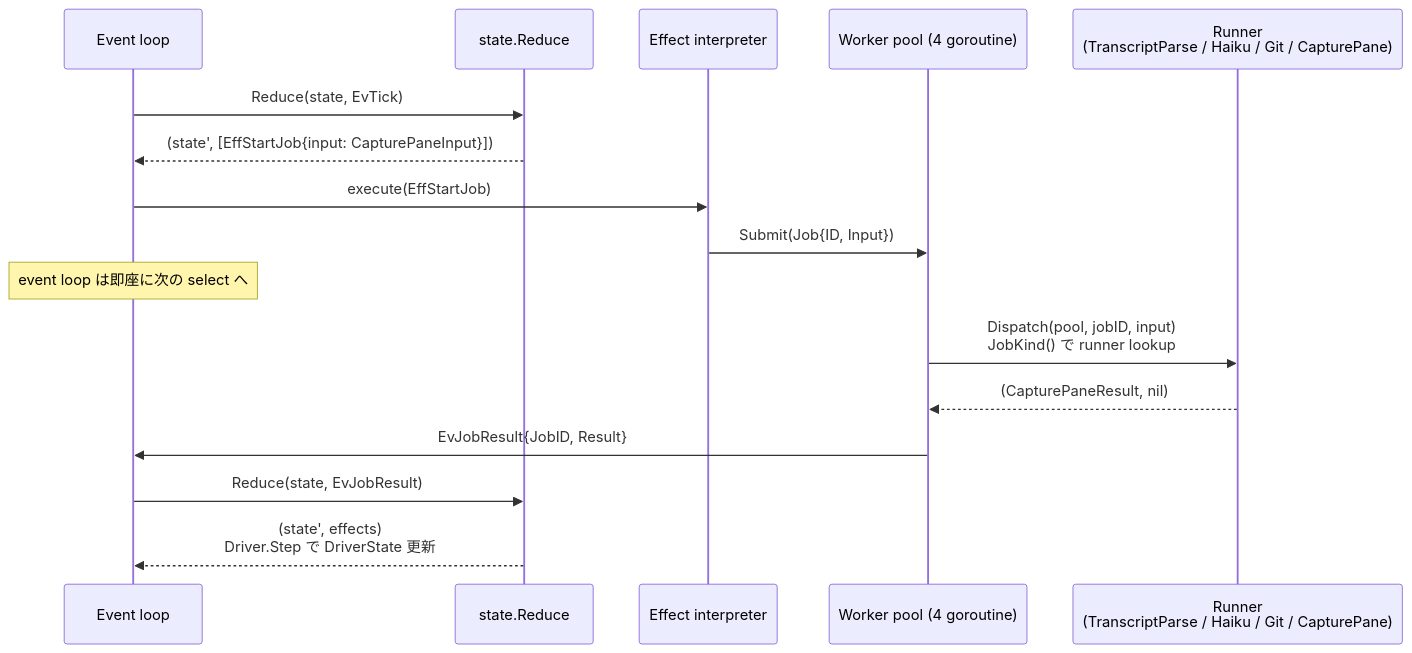
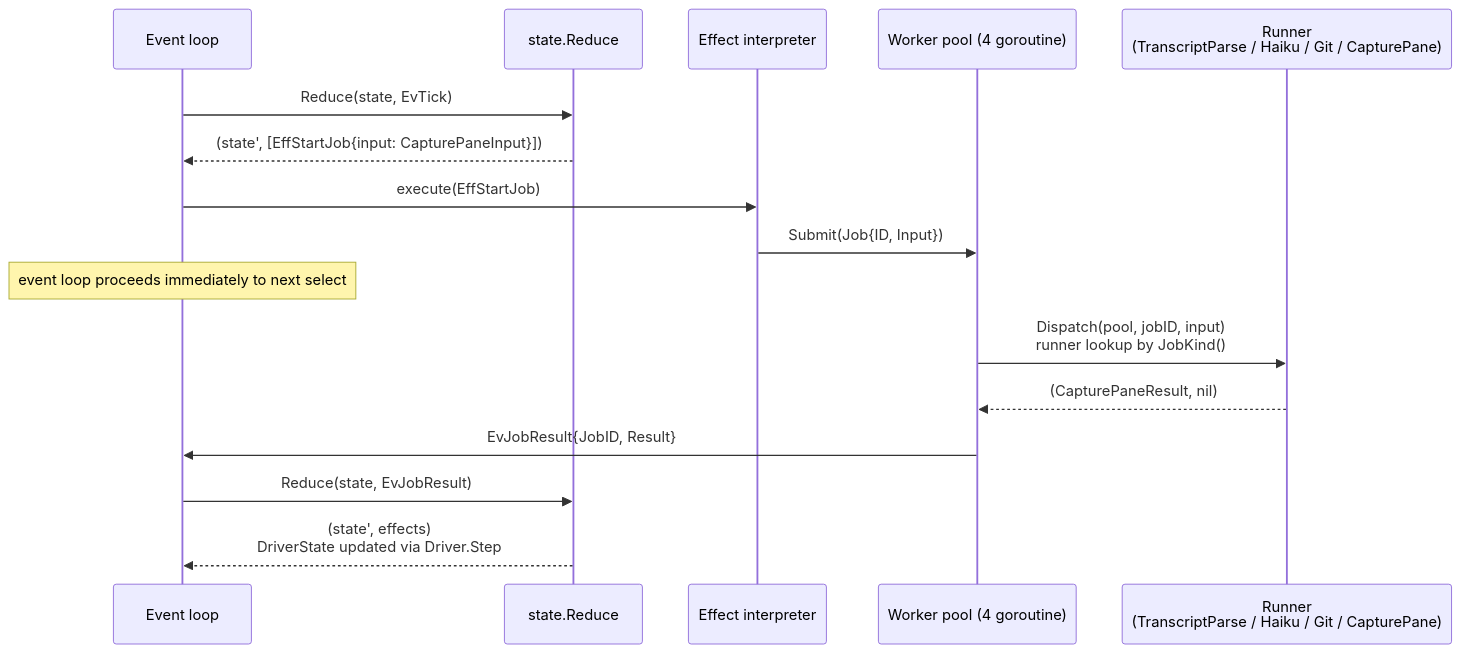
Before and after one commit to takezoh/agent-roost: the fourth of 5 diagrams in docs/ipc.md, drawn with Mermaid. The commit also changed other lines of this file and 7 other files, not shown here.

````diff
--- a/docs/ipc.md
+++ b/docs/ipc.md
@@ -158,21 +156,21 @@
 ```mermaid
 sequenceDiagram
     participant EL as Event loop
     participant Red as state.Reduce
     participant Interp as Effect interpreter
     participant Pool as Worker pool (4 goroutine)
     participant Runner as Runner<br/>(TranscriptParse / Haiku / Git / CapturePane)
 
     EL->>Red: Reduce(state, EvTick)
     Red-->>EL: (state', [EffStartJob{input: CapturePaneInput}])
     EL->>Interp: execute(EffStartJob)
     Interp->>Pool: Submit(Job{ID, Input})
-    Note over EL: event loop は即座に次の select へ
+    Note over EL: event loop proceeds immediately to next select
 
-    Pool->>Runner: Dispatch(pool, jobID, input)<br/>JobKind() で runner lookup
+    Pool->>Runner: Dispatch(pool, jobID, input)<br/>runner lookup by JobKind()
     Runner-->>Pool: (CapturePaneResult, nil)
     Pool->>EL: EvJobResult{JobID, Result}
 
     EL->>Red: Reduce(state, EvJobResult)
-    Red-->>EL: (state', effects)<br/>Driver.Step で DriverState 更新
+    Red-->>EL: (state', effects)<br/>DriverState updated via Driver.Step
 ```
````
